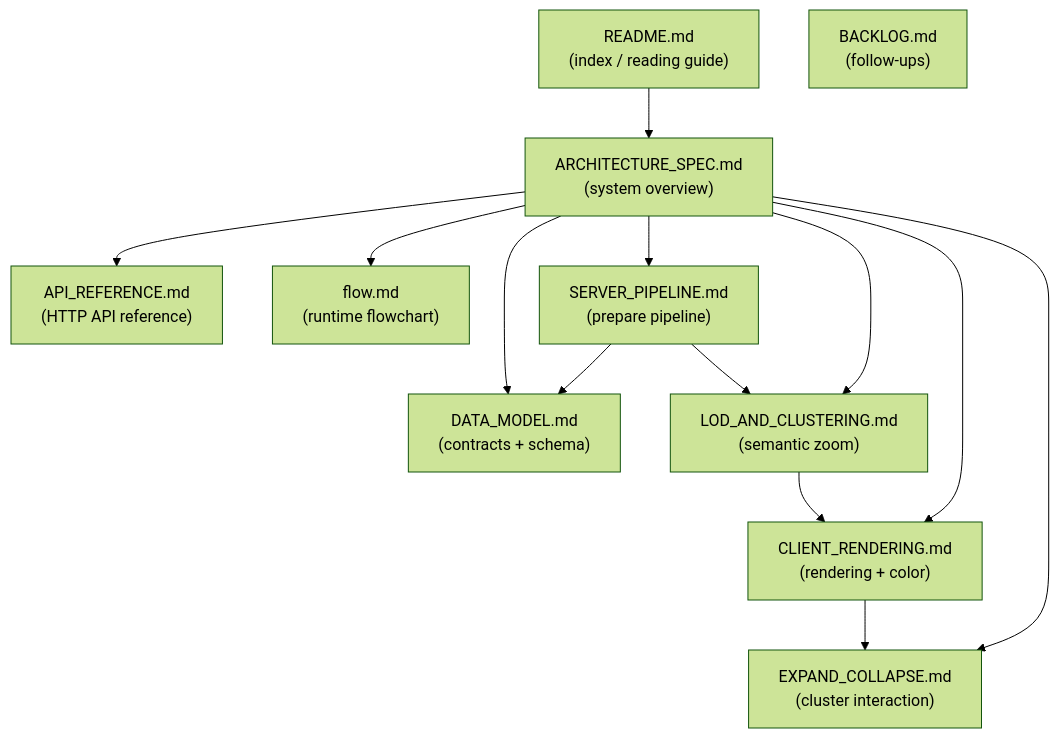
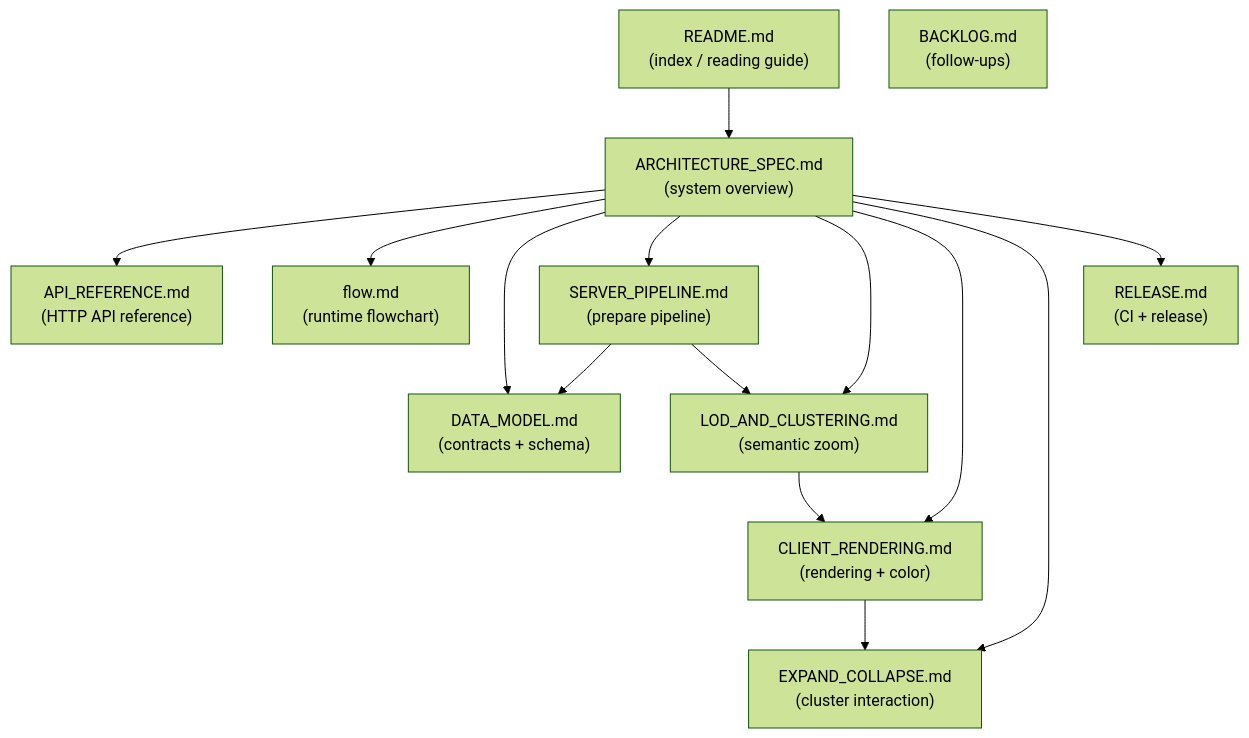
Before and after one commit to phyloviz/phylo-lens: the diagram in docs/README.md, drawn with Mermaid (forest theme). The commit also changed other lines of this file and 8 other files, not shown here.

````diff
--- a/docs/README.md
+++ b/docs/README.md
@@ -33,26 +34,28 @@
 ```mermaid
 flowchart TD
   README["README.md<br/>(index / reading guide)"]
   ARCH["ARCHITECTURE_SPEC.md<br/>(system overview)"]
   API["API_REFERENCE.md<br/>(HTTP API reference)"]
   FLOW["flow.md<br/>(runtime flowchart)"]
   DATA["DATA_MODEL.md<br/>(contracts + schema)"]
   PIPE["SERVER_PIPELINE.md<br/>(prepare pipeline)"]
   LOD["LOD_AND_CLUSTERING.md<br/>(semantic zoom)"]
   CLIENT["CLIENT_RENDERING.md<br/>(rendering + color)"]
   EC["EXPAND_COLLAPSE.md<br/>(cluster interaction)"]
+  REL["RELEASE.md<br/>(CI + release)"]
   BACKLOG["BACKLOG.md<br/>(follow-ups)"]
 
   README --> ARCH
   ARCH --> API
   ARCH --> FLOW
   ARCH --> DATA
   ARCH --> PIPE
   ARCH --> LOD
   ARCH --> CLIENT
   ARCH --> EC
+  ARCH --> REL
   PIPE --> DATA
   PIPE --> LOD
   LOD --> CLIENT
   CLIENT --> EC
 ```
````
